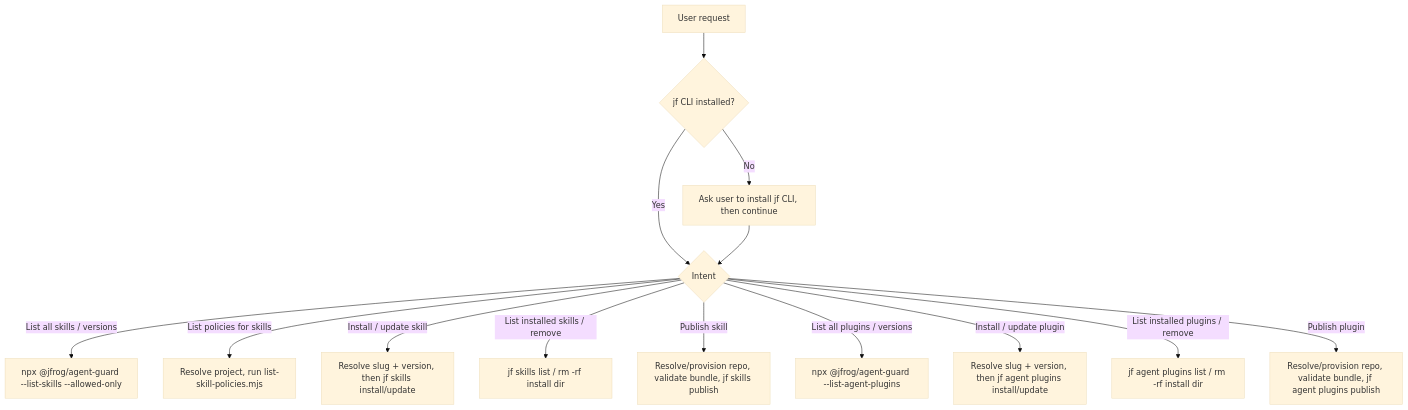
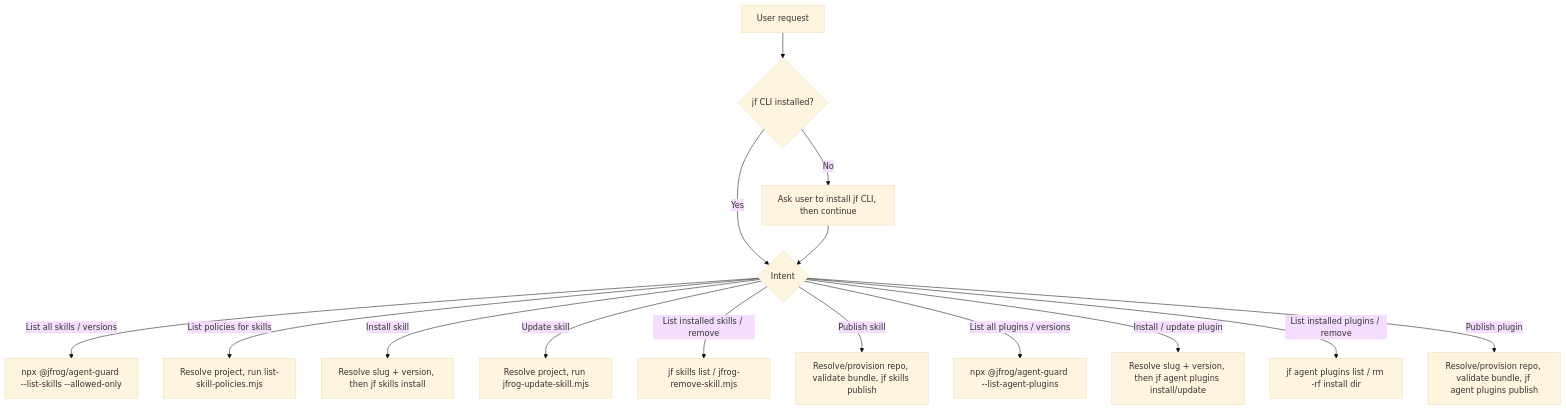
Before and after one commit to jfrog/claude-plugin: the diagram in skills/jfrog-ai-catalog/SKILL.md, drawn with Mermaid (base theme). The commit also changed other lines of this file and 58 other files, not shown here.

````diff
--- a/skills/jfrog-ai-catalog/SKILL.md
+++ b/skills/jfrog-ai-catalog/SKILL.md
@@ -101,16 +145,17 @@
 ```mermaid
 flowchart TD
     A[User request] --> B{jf CLI installed?}
     B -->|No| C[Ask user to install jf CLI, then continue]
     B -->|Yes| D{Intent}
     C --> D
     D -->|List all skills / versions| E[npx @jfrog/agent-guard --list-skills --allowed-only]
     D -->|List policies for skills| M[Resolve project, run list-skill-policies.mjs]
-    D -->|Install / update skill| F[Resolve slug + version, then jf skills install/update]
-    D -->|List installed skills / remove| G[jf skills list / rm -rf install dir]
+    D -->|Install skill| F[Resolve slug + version, then jf skills install]
+    D -->|Update skill| N[Resolve project, run jfrog-update-skill.mjs]
+    D -->|List installed skills / remove| G[jf skills list / jfrog-remove-skill.mjs]
     D -->|Publish skill| H[Resolve/provision repo, validate bundle, jf skills publish]
     D -->|List all plugins / versions| I[npx @jfrog/agent-guard --list-agent-plugins]
     D -->|Install / update plugin| J[Resolve slug + version, then jf agent plugins install/update]
     D -->|List installed plugins / remove| K[jf agent plugins list / rm -rf install dir]
     D -->|Publish plugin| L[Resolve/provision repo, validate bundle, jf agent plugins publish]
 ```
````
